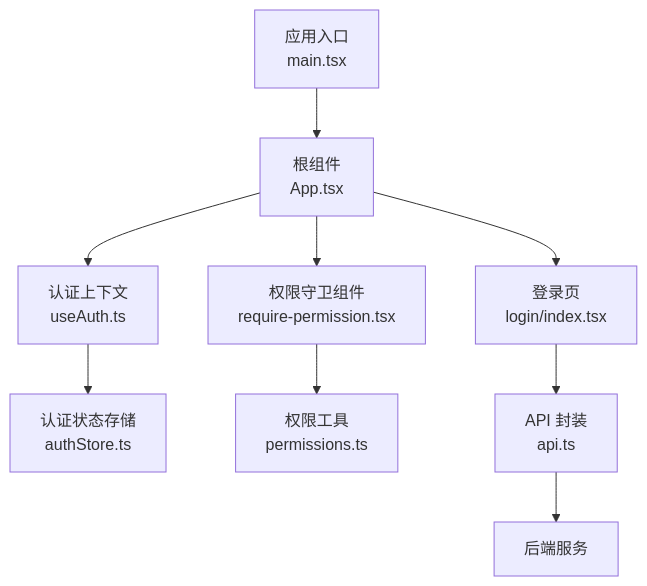
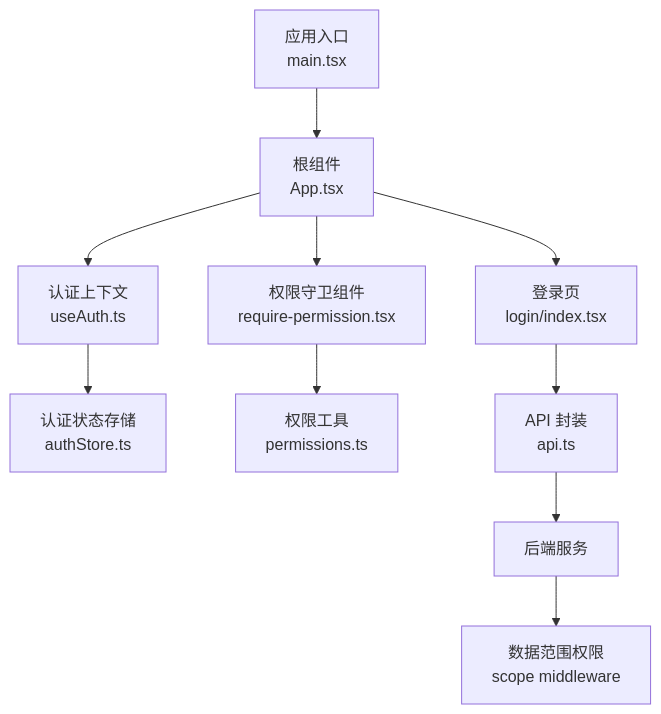
Before and after one commit to Damao997/newproject: the first of 8 diagrams in .qoder/repowiki/zh/content/安全指南/认证与授权安全.md, drawn with Mermaid. The commit also changed other lines of this file and 118 other files, not shown here.

````diff
--- a/.qoder/repowiki/zh/content/安全指南/认证与授权安全.md
+++ b/.qoder/repowiki/zh/content/安全指南/认证与授权安全.md
@@ -53,11 +65,12 @@
 ```mermaid
 graph TB
 A["应用入口<br/>main.tsx"] --> B["根组件<br/>App.tsx"]
 B --> C["认证上下文<br/>useAuth.ts"]
 C --> D["认证状态存储<br/>authStore.ts"]
 B --> E["权限守卫组件<br/>require-permission.tsx"]
 E --> F["权限工具<br/>permissions.ts"]
 B --> G["登录页<br/>login/index.tsx"]
 G --> H["API 封装<br/>api.ts"]
 H --> I["后端服务"]
+I --> J["数据范围权限<br/>scope middleware"]
 ```
````
